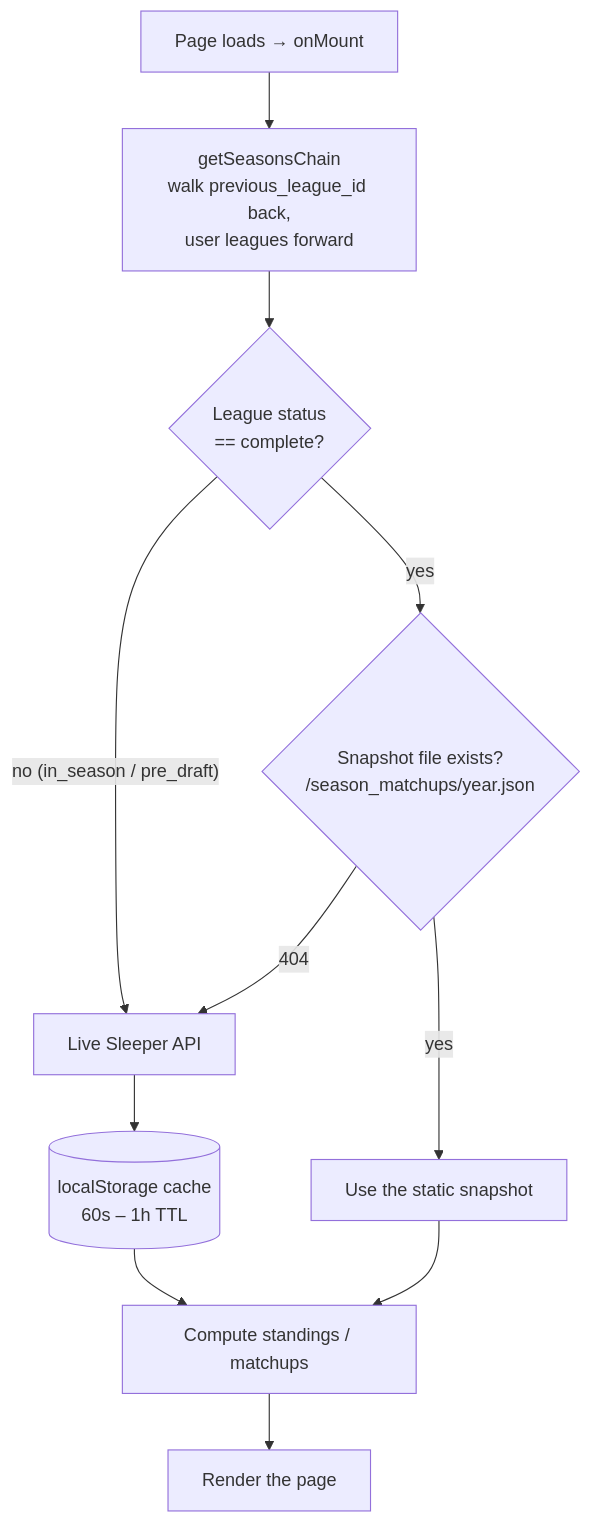
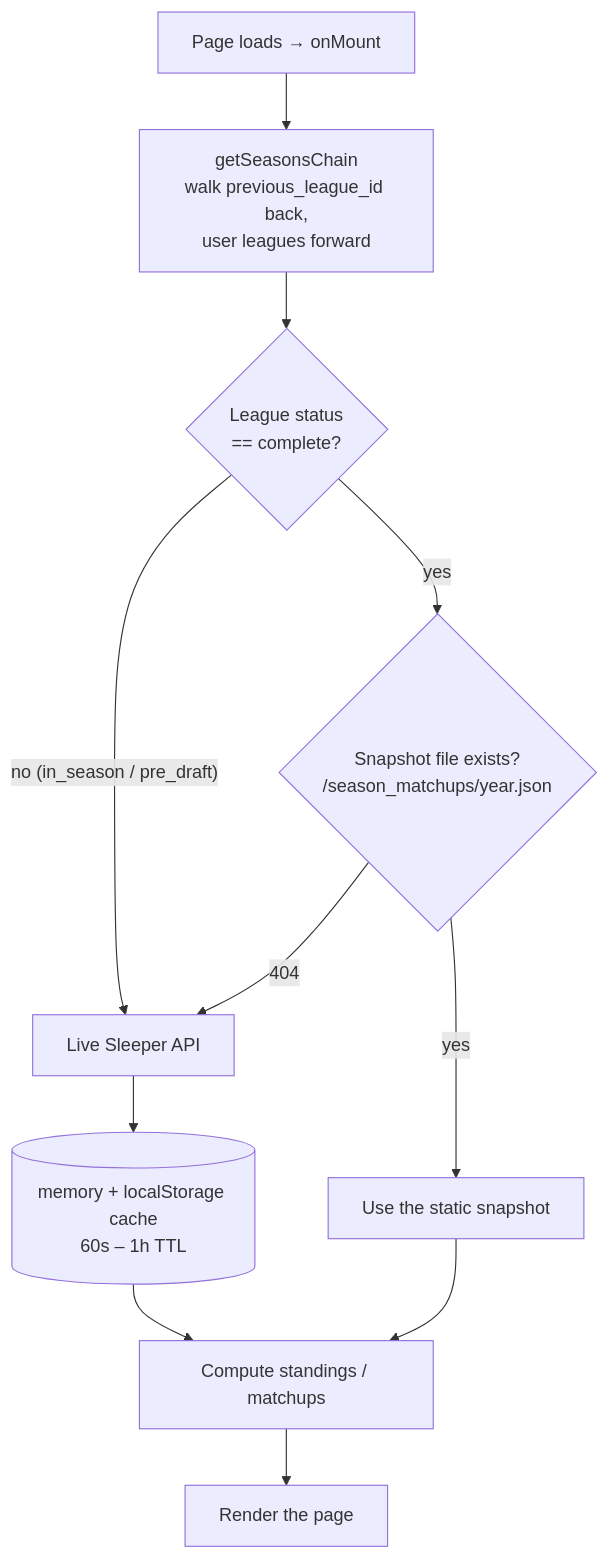
The third of 4 diagrams in README.md (itzkybes/bfa-website), drawn with Mermaid before and after one commit. The commit also changed other lines of this file, not shown here.

````diff
--- a/README.md
+++ b/README.md
@@ -344,13 +345,13 @@
 ```mermaid
 flowchart TD
     A["Page loads → onMount"] --> B["getSeasonsChain<br/>walk previous_league_id back,<br/>user leagues forward"]
     B --> C{"League status<br/>== complete?"}
     C -- "no (in_season / pre_draft)" --> L["Live Sleeper API"]
     C -- yes --> D{"Snapshot file exists?<br/>/season_matchups/year.json"}
     D -- "yes" --> S["Use the static snapshot"]
     D -- "404" --> L
-    L --> K[("localStorage cache<br/>60s – 1h TTL")]
+    L --> K[("memory + localStorage cache<br/>60s – 1h TTL")]
     K --> R["Compute standings / matchups"]
     S --> R
     R --> UI["Render the page"]
 ```
````
